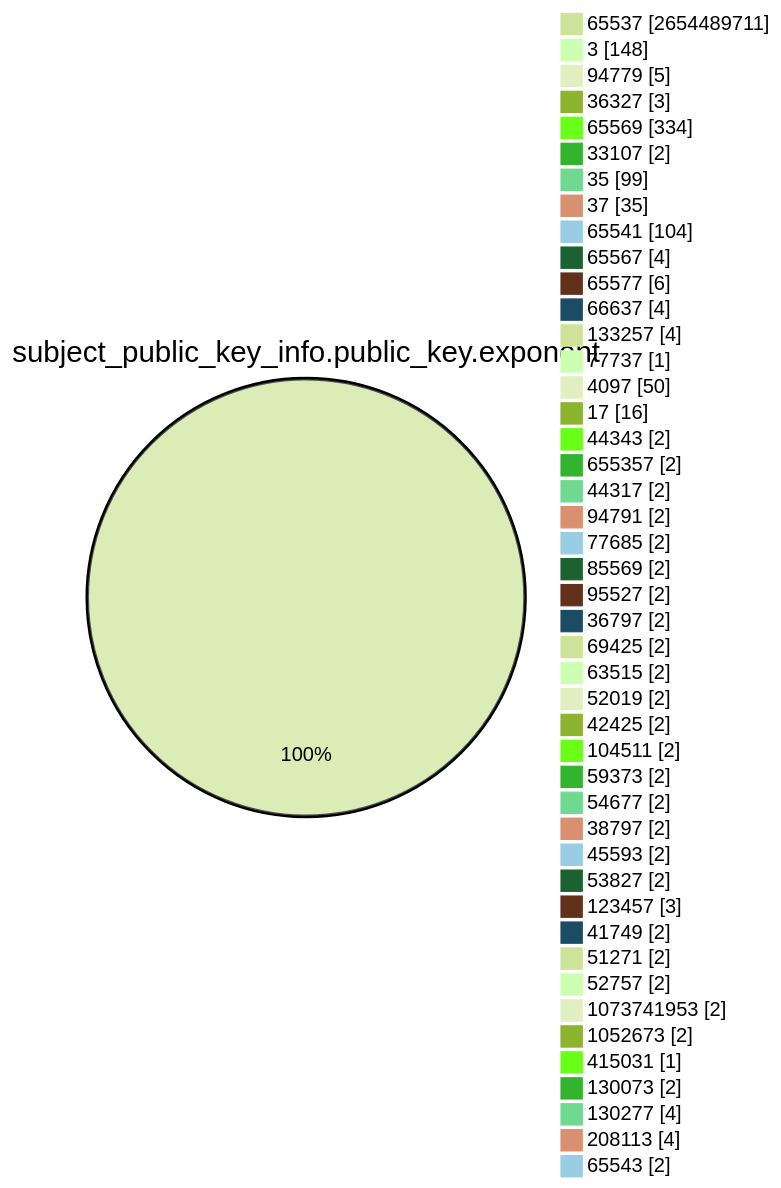
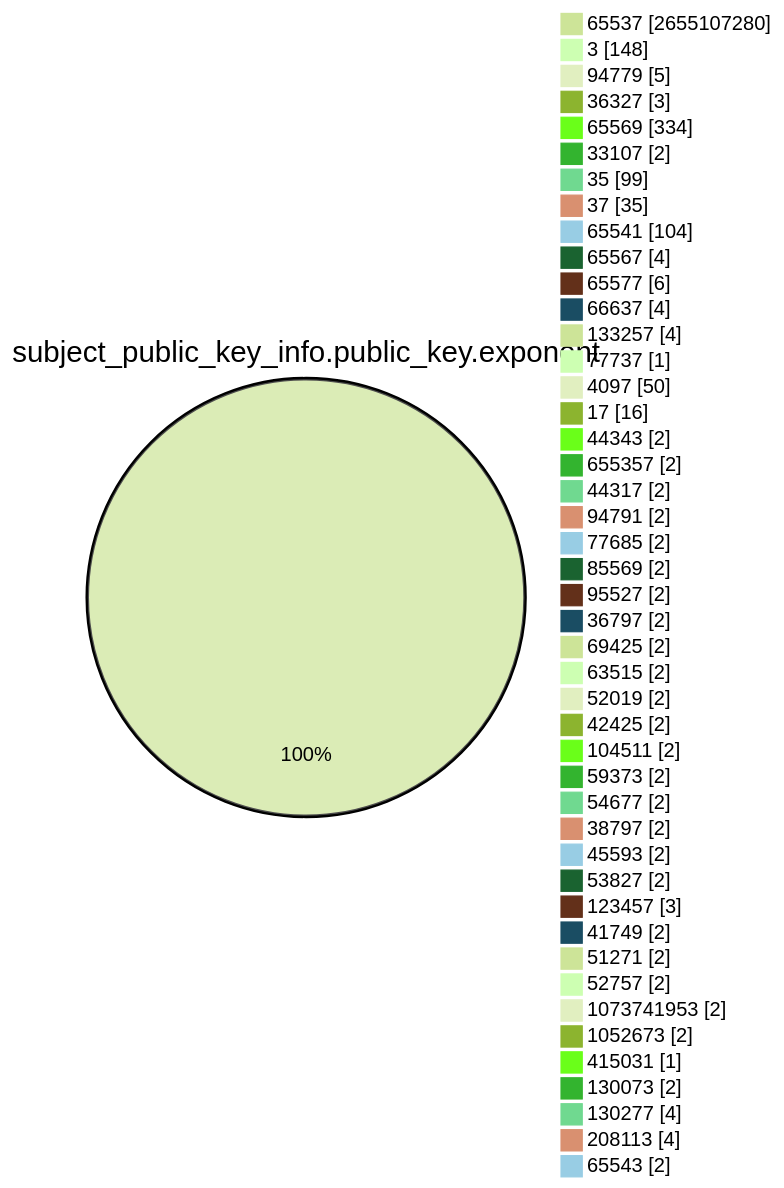
One commit to christiankrug/ctmonitor_visualization changed the fourth of 15 diagrams in TOTAL/README.md. Above: the diagram before and after it, drawn with Mermaid (forest theme). The commit also changed other lines of this file, not shown here.

````diff
--- a/TOTAL/README.md
+++ b/TOTAL/README.md
@@ -1467,49 +1467,49 @@
 ```mermaid
 pie showData
 title subject_public_key_info.public_key.exponent
-"65537" :2654489711
+"65537" :2655107280
 "3" :148
 "94779" :5
 "36327" :3
 "65569" :334
 "33107" :2
 "35" :99
 "37" :35
 "65541" :104
 "65567" :4
 "65577" :6
 "66637" :4
 "133257" :4
 "77737" :1
 "4097" :50
 "17" :16
 "44343" :2
 "655357" :2
 "44317" :2
 "94791" :2
 "77685" :2
 "85569" :2
 "95527" :2
 "36797" :2
 "69425" :2
 "63515" :2
 "52019" :2
 "42425" :2
 "104511" :2
 "59373" :2
 "54677" :2
 "38797" :2
 "45593" :2
 "53827" :2
 "123457" :3
 "41749" :2
 "51271" :2
 "52757" :2
 "1073741953" :2
 "1052673" :2
 "415031" :1
 "130073" :2
 "130277" :4
 "208113" :4
 "65543" :2
 ```
````
